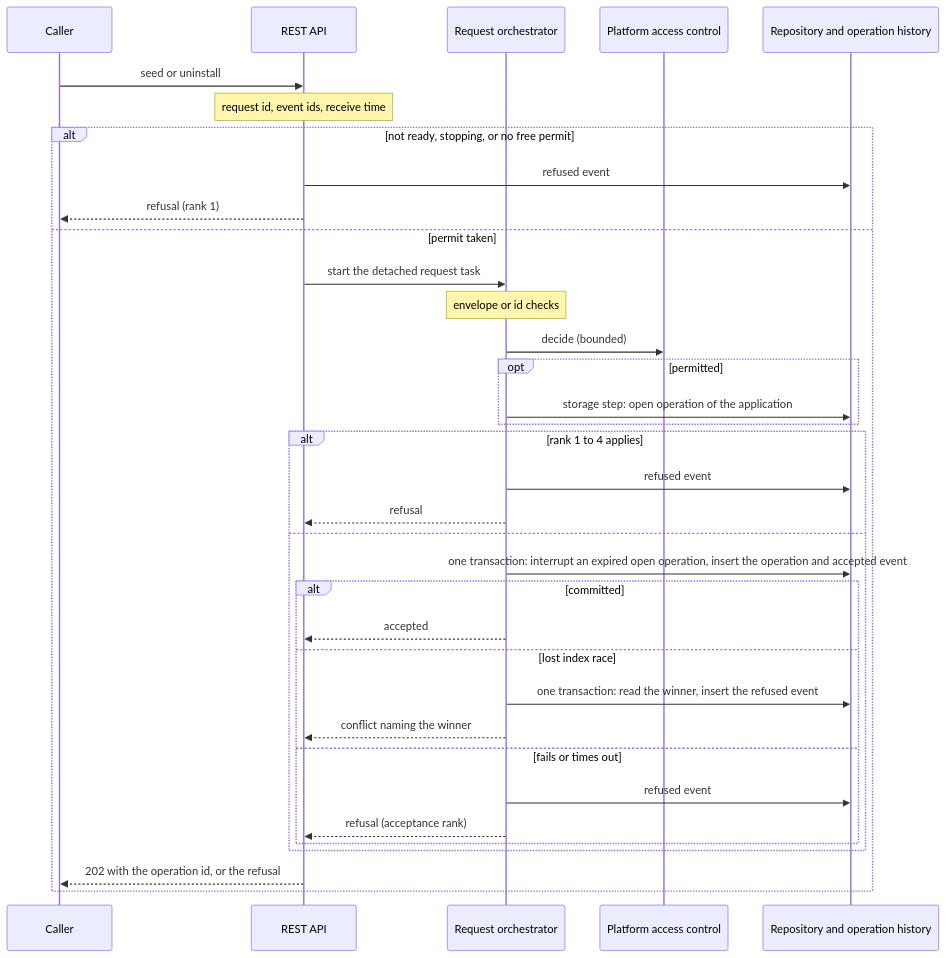
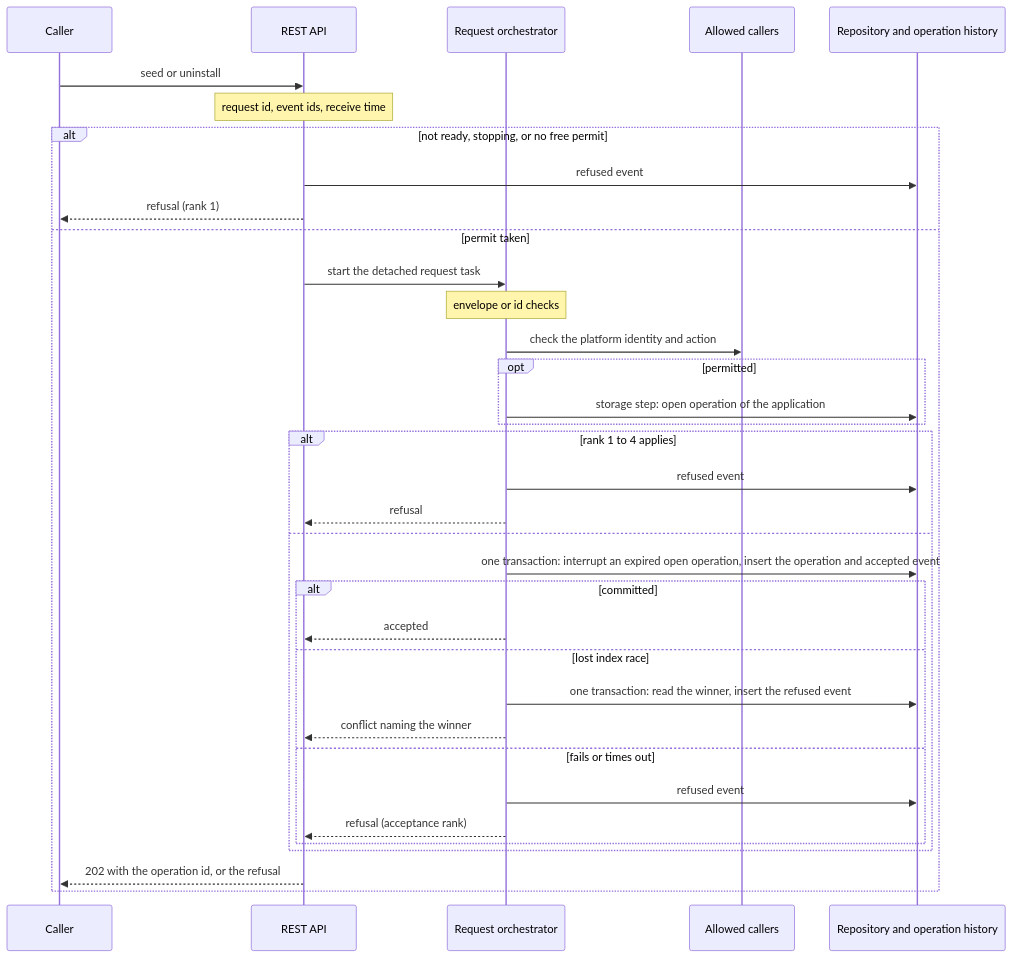
The fourth of 6 diagrams in gears/system/application-manager/docs/DESIGN.md (constructorfabric/gears-rust), drawn with Mermaid before and after one commit. The commit also changed other lines of this file and 2 other files, not shown here.

````diff
--- a/gears/system/application-manager/docs/DESIGN.md
+++ b/gears/system/application-manager/docs/DESIGN.md
@@ -581,37 +601,37 @@
 ```mermaid
 sequenceDiagram
     participant C as Caller
     participant API as REST API
     participant O as Request orchestrator
-    participant PDP as Platform access control
+    participant AC as Allowed callers
     participant R as Repository and operation history
     C ->> API: seed or uninstall
     Note over API: request id, event ids, receive time
     alt not ready, stopping, or no free permit
         API ->> R: refused event
         API -->> C: refusal (rank 1)
     else permit taken
         API ->> O: start the detached request task
         Note over O: envelope or id checks
-        O ->> PDP: decide (bounded)
+        O ->> AC: check the platform identity and action
         opt permitted
             O ->> R: storage step: open operation of the application
         end
         alt rank 1 to 4 applies
             O ->> R: refused event
             O -->> API: refusal
         else
             O ->> R: one transaction: interrupt an expired open operation, insert the operation and accepted event
             alt committed
                 O -->> API: accepted
             else lost index race
                 O ->> R: one transaction: read the winner, insert the refused event
                 O -->> API: conflict naming the winner
             else fails or times out
                 O ->> R: refused event
                 O -->> API: refusal (acceptance rank)
             end
         end
         API -->> C: 202 with the operation id, or the refusal
     end
 ```
````
